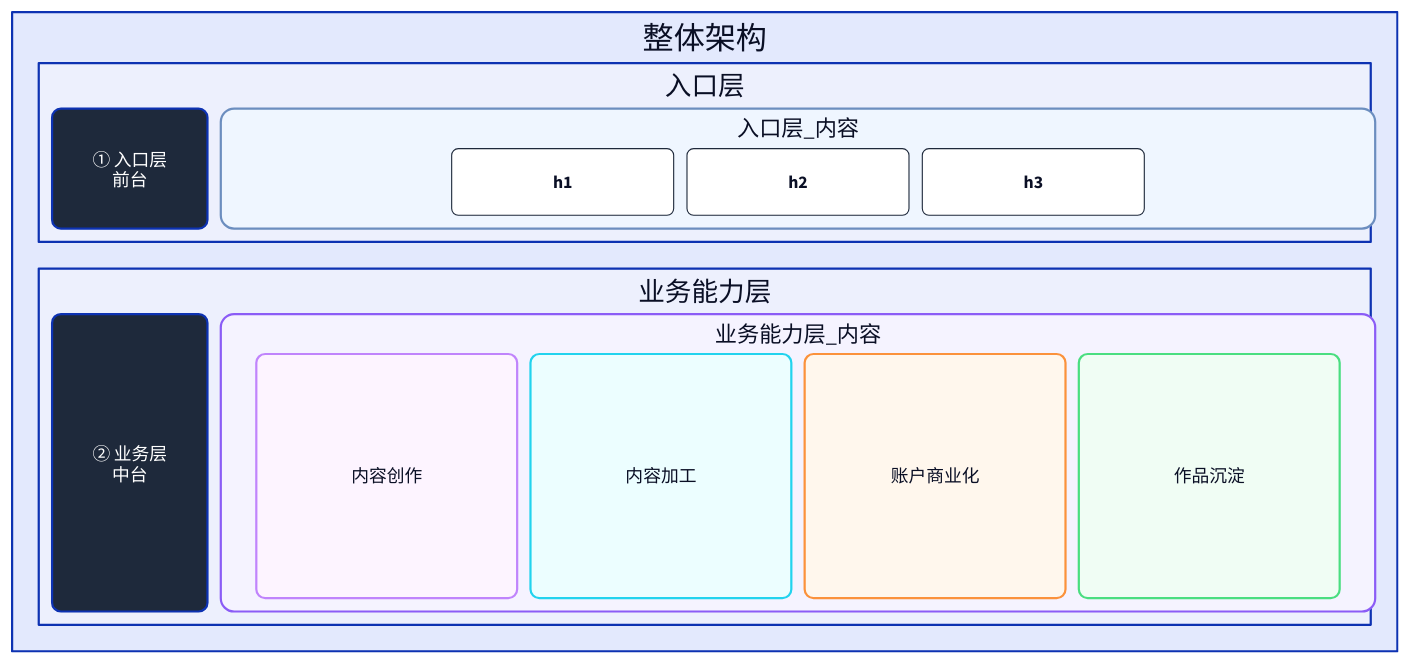
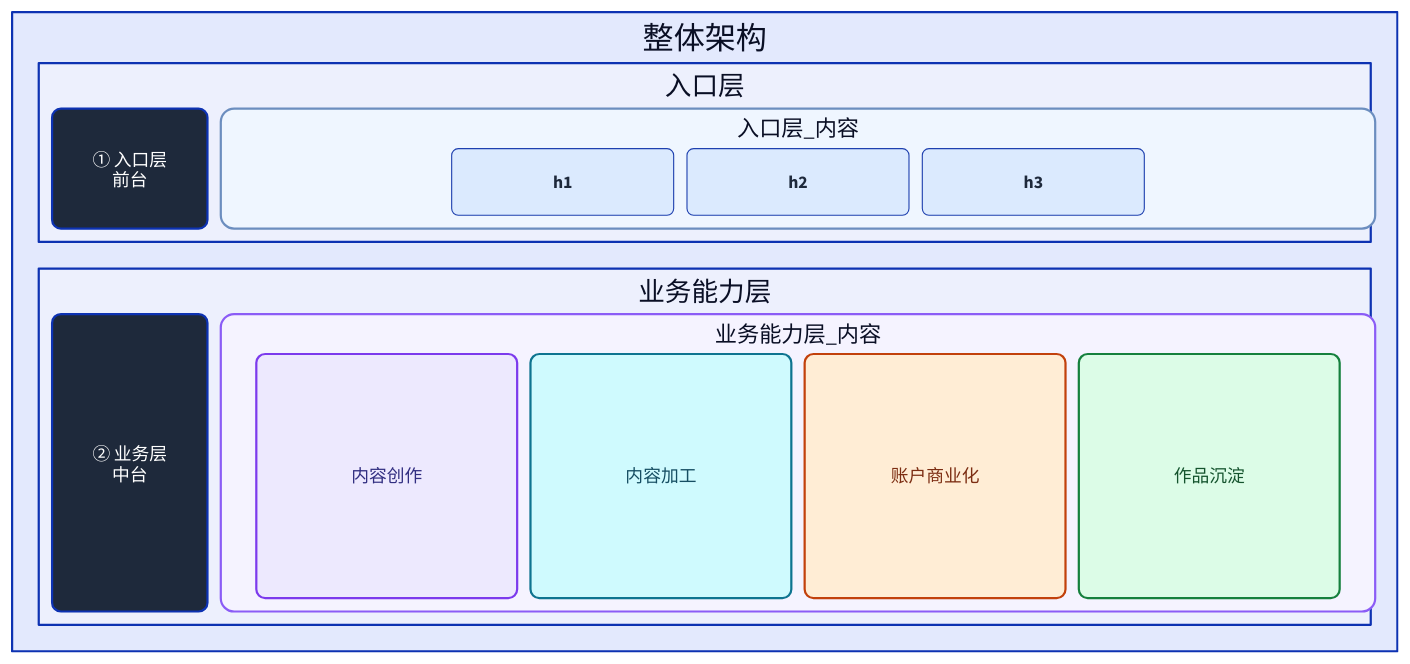
Before and after one commit to syllr/skills: the fourth of 9 diagrams in skills/c4-container-diagram/SKILL.md, drawn with D2. The commit also changed other lines of this file and 1 other file, not shown here.

````diff
--- a/skills/c4-container-diagram/SKILL.md
+++ b/skills/c4-container-diagram/SKILL.md
@@ -432,76 +436,76 @@
 ```d2
 vars: { d2-config: { layout-engine: elk } }
 
 整体架构: {
   grid-rows: 1
   grid-columns: 1
   grid-gap: 24
 
   入口层: {
     width: 1200
     grid-columns: 2          # 左标签 + 右内容
     grid-gap: 12
 
     入口层_标签: {
       width: 140
       style.fill: "#1e293b"
       style.font-color: "#ffffff"
       style.bold: true
       style.border-radius: 8
       label: "① 入口层\n前台"
     }
 
     入口层_内容: {
       width: 1040
       grid-rows: 1
       grid-columns: 3
       grid-gap: 12
       style.fill: "#eff6ff"
       style.stroke: "#6c8ebf"
       style.stroke-width: 2
       style.border-radius: 12
       h1: { width: 200; height: 60; class: module }
       h2: { width: 200; height: 60; class: module }
       h3: { width: 200; height: 60; class: module }
     }
   }
 
   业务能力层: {
     width: 1200
     grid-columns: 2
     grid-gap: 12
 
     业务能力层_标签: {
       width: 140
       style.fill: "#1e293b"
       style.font-color: "#ffffff"
       style.bold: true
       style.border-radius: 8
       label: "② 业务层\n中台"
     }
 
     业务能力层_内容: {
       width: 1040
       grid-rows: 1
       grid-columns: 4
       grid-gap: 12
       style.fill: "#f5f3ff"
       style.stroke: "#8b5cf6"
       style.stroke-width: 2
       style.border-radius: 12
       内容创作: { width: 235; height: 220; class: purpleCard }
       内容加工: { width: 235; height: 220; class: cyanCard }
       账户商业化: { width: 235; height: 220; class: orangeCard }
       作品沉淀: { width: 235; height: 220; class: greenCard }
     }
   }
 }
 
 classes: {
-  module: { style: { border-radius: 6; stroke: "#1e293b"; stroke-width: 1 } }
-  purpleCard: { width: 235; style.fill: "#fdf4ff"; style.stroke: "#c084fc"; style.border-radius: 8 }
-  cyanCard: { width: 235; style.fill: "#ecfeff"; style.stroke: "#22d3ee"; style.border-radius: 8 }
-  orangeCard: { width: 235; style.fill: "#fff7ed"; style.stroke: "#fb923c"; style.border-radius: 8 }
-  greenCard: { width: 235; style.fill: "#f0fdf4"; style.stroke: "#4ade80"; style.border-radius: 8 }
+  module: { style: { border-radius: 6; fill: "#dbeafe"; stroke: "#1e40af"; font-color: "#1e293b"; stroke-width: 1 } }
+  purpleCard: { width: 235; style.fill: "#ede9fe"; style.stroke: "#7c3aed"; style.font-color: "#312e81"; style.border-radius: 8 }
+  cyanCard: { width: 235; style.fill: "#cffafe"; style.stroke: "#0e7490"; style.font-color: "#164e63"; style.border-radius: 8 }
+  orangeCard: { width: 235; style.fill: "#ffedd5"; style.stroke: "#c2410c"; style.font-color: "#7c2d12"; style.border-radius: 8 }
+  greenCard: { width: 235; style.fill: "#dcfce7"; style.stroke: "#15803d"; style.font-color: "#14532d"; style.border-radius: 8 }
 }
 ```
````
